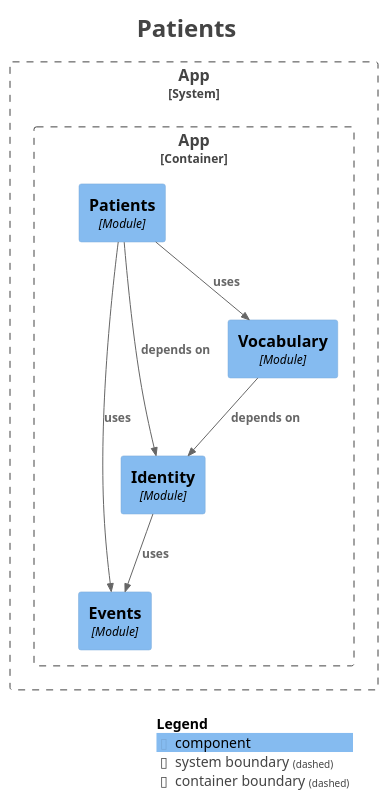
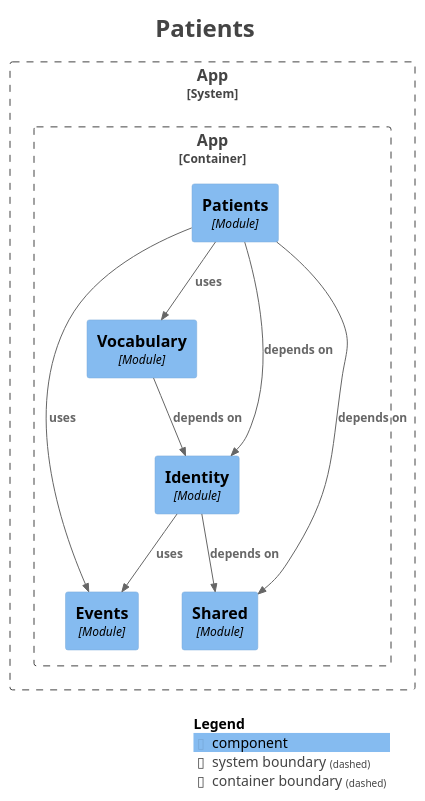
Before and after one commit to mrscams/psymate-api: the diagram in docs/generated/module-patients.puml, drawn with PlantUML. The commit also changed 58 other files, not shown here.

```diff
--- a/docs/generated/module-patients.puml
+++ b/docs/generated/module-patients.puml
@@ -1,36 +1,39 @@
 @startuml
 title <size:24>Patients</size>
 
 set separator none
 top to bottom direction
 
 <style>
   root {
     BackgroundColor: #ffffff
     FontColor: #444444
   }
 </style>
 
 !include <C4/C4>
 !include <C4/C4_Context>
 !include <C4/C4_Component>
 
 System_Boundary("App_boundary", "App", $tags="") {
   Container_Boundary("App.App_boundary", "App", $tags="") {
     Component(App.App.Events, "Events", $techn="Module", $descr="", $tags="", $link="")
     Component(App.App.Identity, "Identity", $techn="Module", $descr="", $tags="", $link="")
     Component(App.App.Patients, "Patients", $techn="Module", $descr="", $tags="", $link="")
+    Component(App.App.Shared, "Shared", $techn="Module", $descr="", $tags="", $link="")
     Component(App.App.Vocabulary, "Vocabulary", $techn="Module", $descr="", $tags="", $link="")
   }
 
 }
 
 Rel(App.App.Identity, App.App.Events, "uses", $techn="", $tags="", $link="")
+Rel(App.App.Identity, App.App.Shared, "depends on", $techn="", $tags="", $link="")
 Rel(App.App.Patients, App.App.Events, "uses", $techn="", $tags="", $link="")
 Rel(App.App.Patients, App.App.Identity, "depends on", $techn="", $tags="", $link="")
+Rel(App.App.Patients, App.App.Shared, "depends on", $techn="", $tags="", $link="")
 Rel(App.App.Patients, App.App.Vocabulary, "uses", $techn="", $tags="", $link="")
 Rel(App.App.Vocabulary, App.App.Identity, "depends on", $techn="", $tags="", $link="")
 
 SHOW_LEGEND(true)
 hide stereotypes
 @enduml
```
